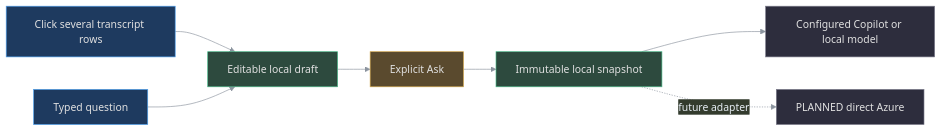
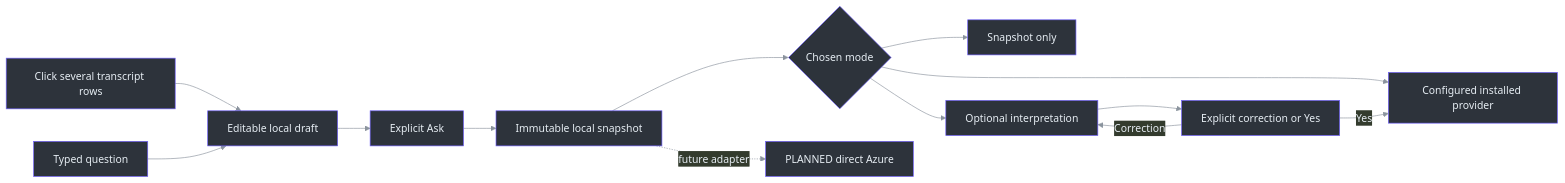
Before and after one commit to Zanark/phantom-fudge: the second of 2 diagrams in docs/OVERVIEW.md, drawn with Mermaid. The commit also changed other lines of this file and 88 other files, not shown here.

````diff
--- a/docs/OVERVIEW.md
+++ b/docs/OVERVIEW.md
@@ -147,27 +167,37 @@
 ```mermaid
 ---
 config:
   theme: base
   themeVariables:
     primaryColor: "#2d333b"
     primaryBorderColor: "#6d5dfc"
     primaryTextColor: "#e6edf3"
     lineColor: "#8b949e"
 ---
 flowchart LR
     accTitle: Local question state and the unconnected Azure boundary
     accDescr: Direct multi-click selection or typing creates a local draft. Explicit Ask alone freezes exact text and may use the selected installed provider; direct Azure remains future work.
     Selected["Click several transcript rows"] --> Draft["Editable local draft"]
     Typed["Typed question"] --> Draft
     Draft --> Ask["Explicit Ask"]
     Ask --> Snapshot["Immutable local snapshot"]
-    Snapshot --> Provider["Configured Copilot or local model"]
+    Snapshot --> Choice{"Chosen mode"}
+    Choice --> Local["Snapshot only"]
+    Choice --> Provider["Configured installed provider"]
+    Choice --> Interpret["Optional interpretation"]
+    Interpret --> Review["Explicit correction or Yes"]
+    Review -->|Correction| Interpret
+    Review -->|Yes| Provider
     Snapshot -. "future adapter" .-> Azure["PLANNED direct Azure"]
-    style Selected fill:#1e3a5f,stroke:#4a9eed,color:#e0e0e0
-    style Draft fill:#2d4a3e,stroke:#4aba8a,color:#e0e0e0
-    style Typed fill:#1e3a5f,stroke:#4a9eed,color:#e0e0e0
-    style Ask fill:#5a4a2e,stroke:#d4a84b,color:#e0e0e0
-    style Snapshot fill:#2d4a3e,stroke:#4aba8a,color:#e0e0e0
-    style Provider fill:#2d2d3d,stroke:#7a7a8a,color:#e0e0e0
-    style Azure fill:#2d2d3d,stroke:#7a7a8a,color:#e0e0e0
+    style Selected fill:#2d333b,stroke:#6d5dfc,color:#e6edf3
+    style Draft fill:#2d333b,stroke:#6d5dfc,color:#e6edf3
+    style Typed fill:#2d333b,stroke:#6d5dfc,color:#e6edf3
+    style Ask fill:#2d333b,stroke:#6d5dfc,color:#e6edf3
+    style Snapshot fill:#2d333b,stroke:#6d5dfc,color:#e6edf3
+    style Choice fill:#2d333b,stroke:#6d5dfc,color:#e6edf3
+    style Local fill:#2d333b,stroke:#6d5dfc,color:#e6edf3
+    style Provider fill:#2d333b,stroke:#6d5dfc,color:#e6edf3
+    style Interpret fill:#2d333b,stroke:#6d5dfc,color:#e6edf3
+    style Review fill:#2d333b,stroke:#6d5dfc,color:#e6edf3
+    style Azure fill:#2d333b,stroke:#6d5dfc,color:#e6edf3
 ```
````
